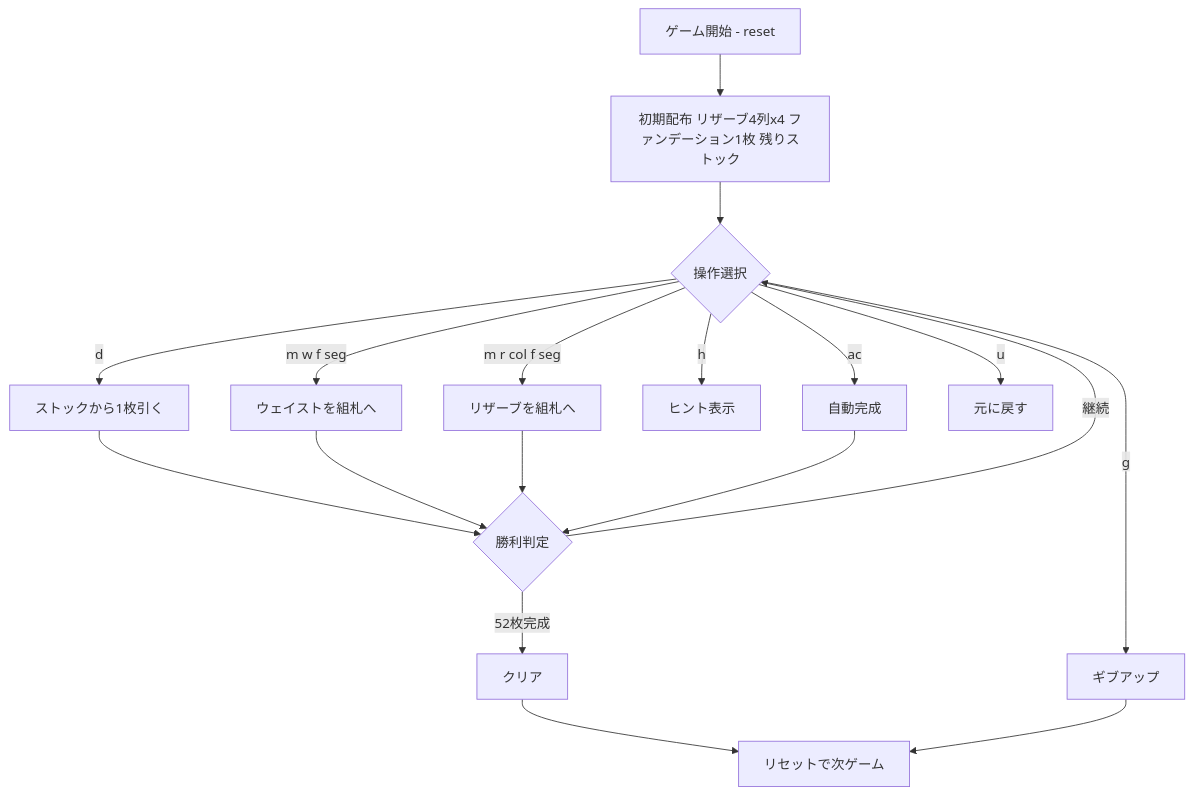
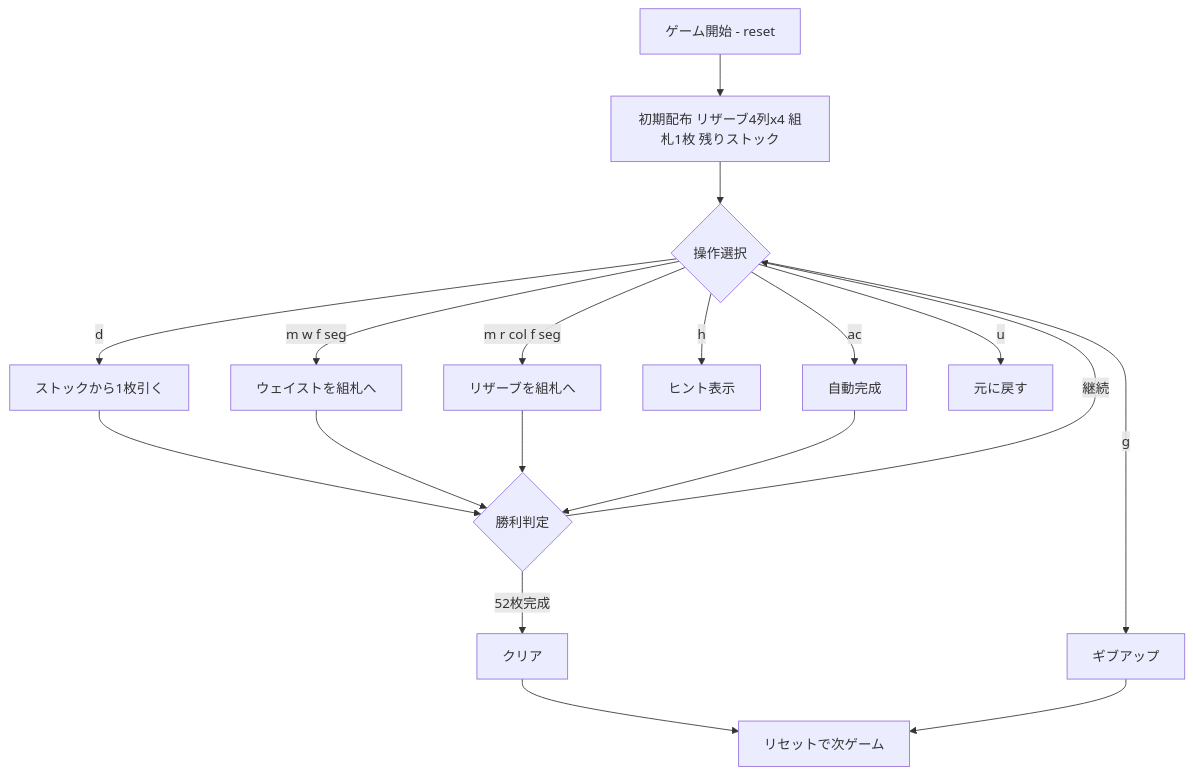
The diagram in docs/manual/cui/osmosis.md (yuta-yoshinaga/go_trumpcards), drawn with Mermaid before and after one commit. The commit also changed other lines of this file and 71 other files, not shown here.

````diff
--- a/docs/manual/cui/osmosis.md
+++ b/docs/manual/cui/osmosis.md
@@ -26,20 +26,20 @@
 ```mermaid
 flowchart TD
-    A[ゲーム開始 - reset] --> B[初期配布 リザーブ4列x4 ファンデーション1枚 残りストック]
+    A[ゲーム開始 - reset] --> B[初期配布 リザーブ4列x4 組札1枚 残りストック]
     B --> C{操作選択}
     C -->|d| D[ストックから1枚引く]
     C -->|m w f seg| E[ウェイストを組札へ]
     C -->|m r col f seg| F[リザーブを組札へ]
     C -->|h| G[ヒント表示]
     C -->|ac| H[自動完成]
     C -->|u| I[元に戻す]
     D --> J{勝利判定}
     E --> J
     F --> J
     H --> J
     J -->|52枚完成| K[クリア]
     J -->|継続| C
     C -->|g| L[ギブアップ]
     K --> M[リセットで次ゲーム]
     L --> M
 ```
````
